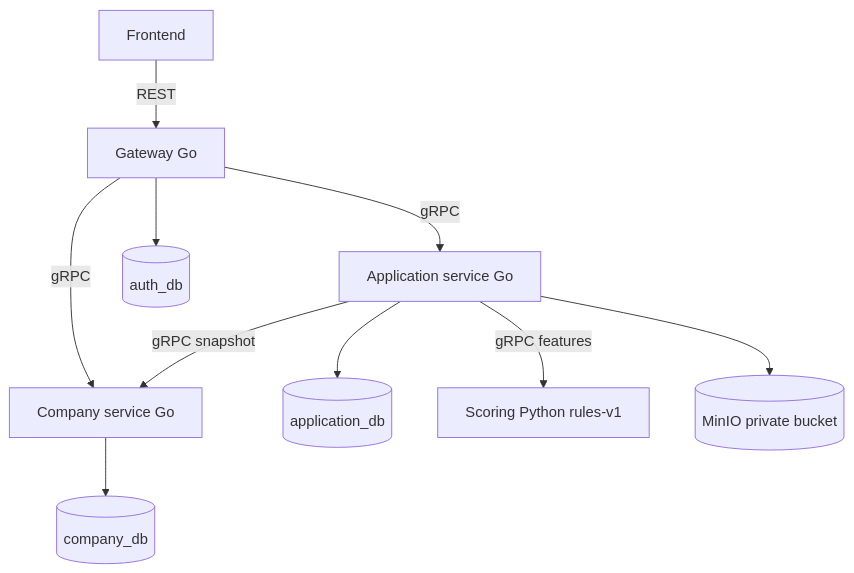
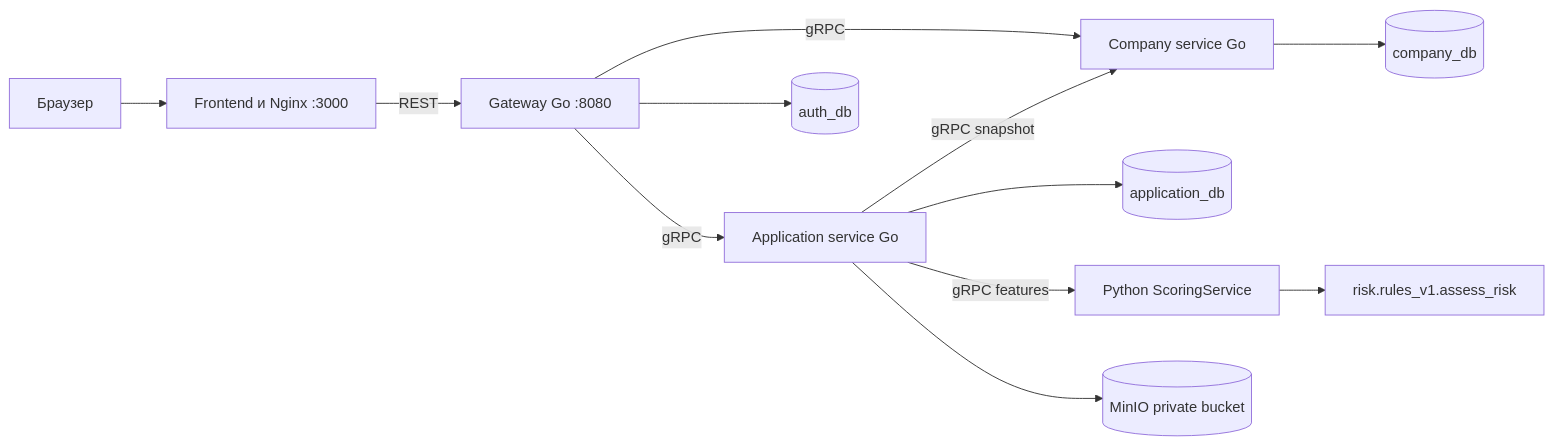
Before and after one commit to robust-estimates/robust.estimates: the first of 4 diagrams in docs/architecture.md, drawn with Mermaid. The commit also changed other lines of this file and 19 other files, not shown here.

````diff
--- a/docs/architecture.md
+++ b/docs/architecture.md
@@ -3,12 +7,14 @@
 ```mermaid
-flowchart TB
- F[Frontend] -->|REST| G[Gateway Go]
+flowchart LR
+ Browser[Браузер] --> Web[Frontend и Nginx :3000]
+ Web -->|REST| G[Gateway Go :8080]
  G -->|gRPC| C[Company service Go]
  G -->|gRPC| A[Application service Go]
  G --> AU[(auth_db)]
  C --> CD[(company_db)]
  A --> AD[(application_db)]
  A -->|gRPC snapshot| C
- A -->|gRPC features| S[Scoring Python rules-v1]
+ A -->|gRPC features| S[Python ScoringService]
+ S --> Risk[risk.rules_v1.assess_risk]
  A --> M[(MinIO private bucket)]
 ```
````
